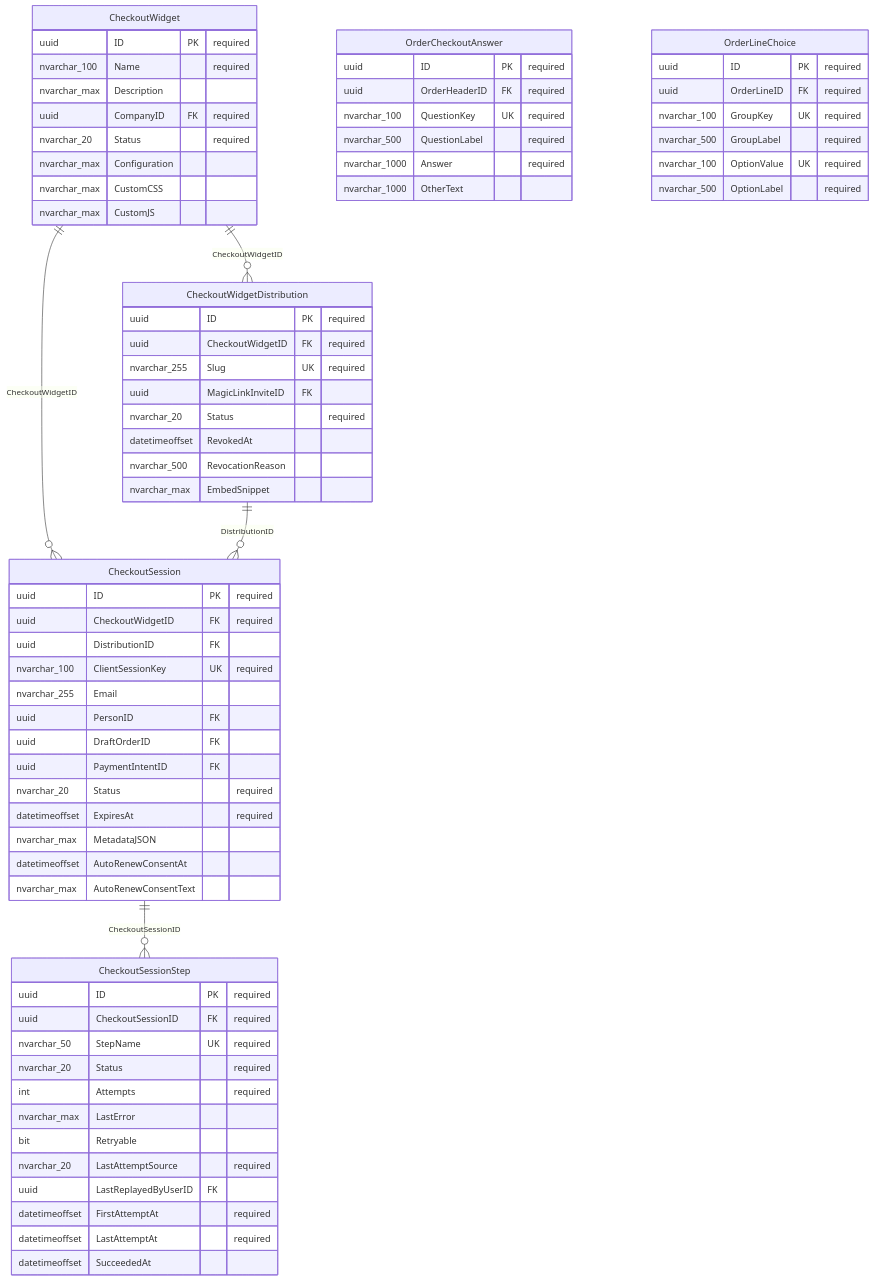
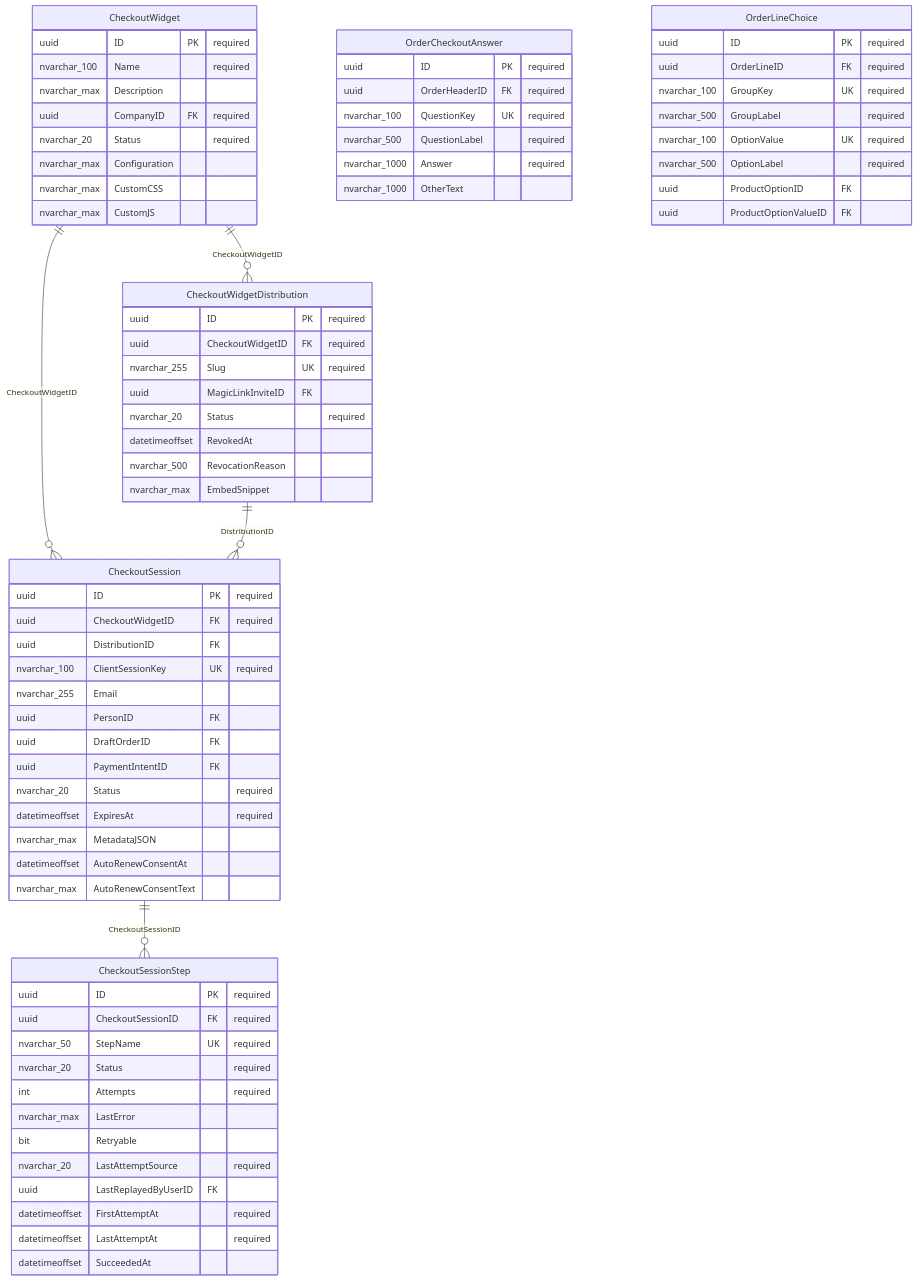
Before and after one commit to MemberJunction/bizapps-orders: the sixth of 13 diagrams in docs/ERD.md, drawn with Mermaid. The commit also changed other lines of this file and 33 other files, not shown here.

First line of the commit message:
feat(orders-ng): product option screens: line selectors, Options panels, catalog page, When fields, checkout and entitlement pickers (golive #399)

````diff
--- a/docs/ERD.md
+++ b/docs/ERD.md
@@ -881,72 +980,74 @@
 ```mermaid
 erDiagram
     CheckoutSession ||--o{ CheckoutSessionStep : "CheckoutSessionID"
     CheckoutWidget ||--o{ CheckoutSession : "CheckoutWidgetID"
     CheckoutWidget ||--o{ CheckoutWidgetDistribution : "CheckoutWidgetID"
     CheckoutWidgetDistribution ||--o{ CheckoutSession : "DistributionID"
     CheckoutWidget {
         uuid ID PK "required"
         nvarchar_100 Name "required"
         nvarchar_max Description
         uuid CompanyID FK "required"
         nvarchar_20 Status "required"
         nvarchar_max Configuration
         nvarchar_max CustomCSS
         nvarchar_max CustomJS
     }
     CheckoutWidgetDistribution {
         uuid ID PK "required"
         uuid CheckoutWidgetID FK "required"
         nvarchar_255 Slug UK "required"
         uuid MagicLinkInviteID FK
         nvarchar_20 Status "required"
         datetimeoffset RevokedAt
         nvarchar_500 RevocationReason
         nvarchar_max EmbedSnippet
     }
     CheckoutSession {
         uuid ID PK "required"
         uuid CheckoutWidgetID FK "required"
         uuid DistributionID FK
         nvarchar_100 ClientSessionKey UK "required"
         nvarchar_255 Email
         uuid PersonID FK
         uuid DraftOrderID FK
         uuid PaymentIntentID FK
         nvarchar_20 Status "required"
         datetimeoffset ExpiresAt "required"
         nvarchar_max MetadataJSON
         datetimeoffset AutoRenewConsentAt
         nvarchar_max AutoRenewConsentText
     }
     CheckoutSessionStep {
         uuid ID PK "required"
         uuid CheckoutSessionID FK "required"
         nvarchar_50 StepName UK "required"
         nvarchar_20 Status "required"
         int Attempts "required"
         nvarchar_max LastError
         bit Retryable
         nvarchar_20 LastAttemptSource "required"
         uuid LastReplayedByUserID FK
         datetimeoffset FirstAttemptAt "required"
         datetimeoffset LastAttemptAt "required"
         datetimeoffset SucceededAt
     }
     OrderCheckoutAnswer {
         uuid ID PK "required"
         uuid OrderHeaderID FK "required"
         nvarchar_100 QuestionKey UK "required"
         nvarchar_500 QuestionLabel "required"
         nvarchar_1000 Answer "required"
         nvarchar_1000 OtherText
     }
     OrderLineChoice {
         uuid ID PK "required"
         uuid OrderLineID FK "required"
         nvarchar_100 GroupKey UK "required"
         nvarchar_500 GroupLabel "required"
         nvarchar_100 OptionValue UK "required"
         nvarchar_500 OptionLabel "required"
+        uuid ProductOptionID FK
+        uuid ProductOptionValueID FK
     }
 ```
````
